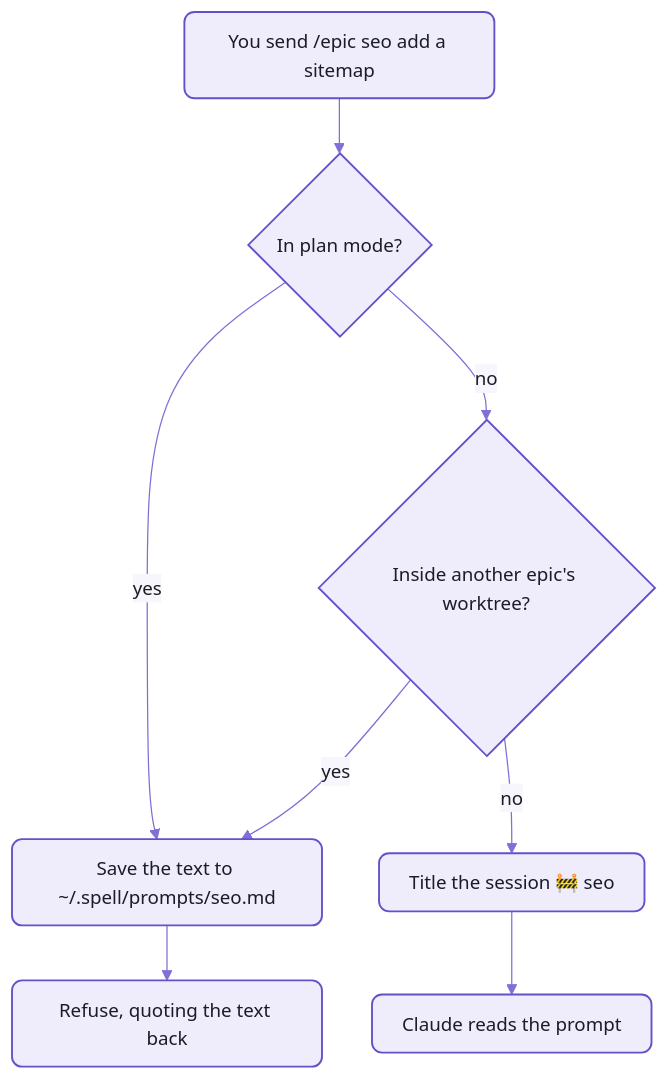
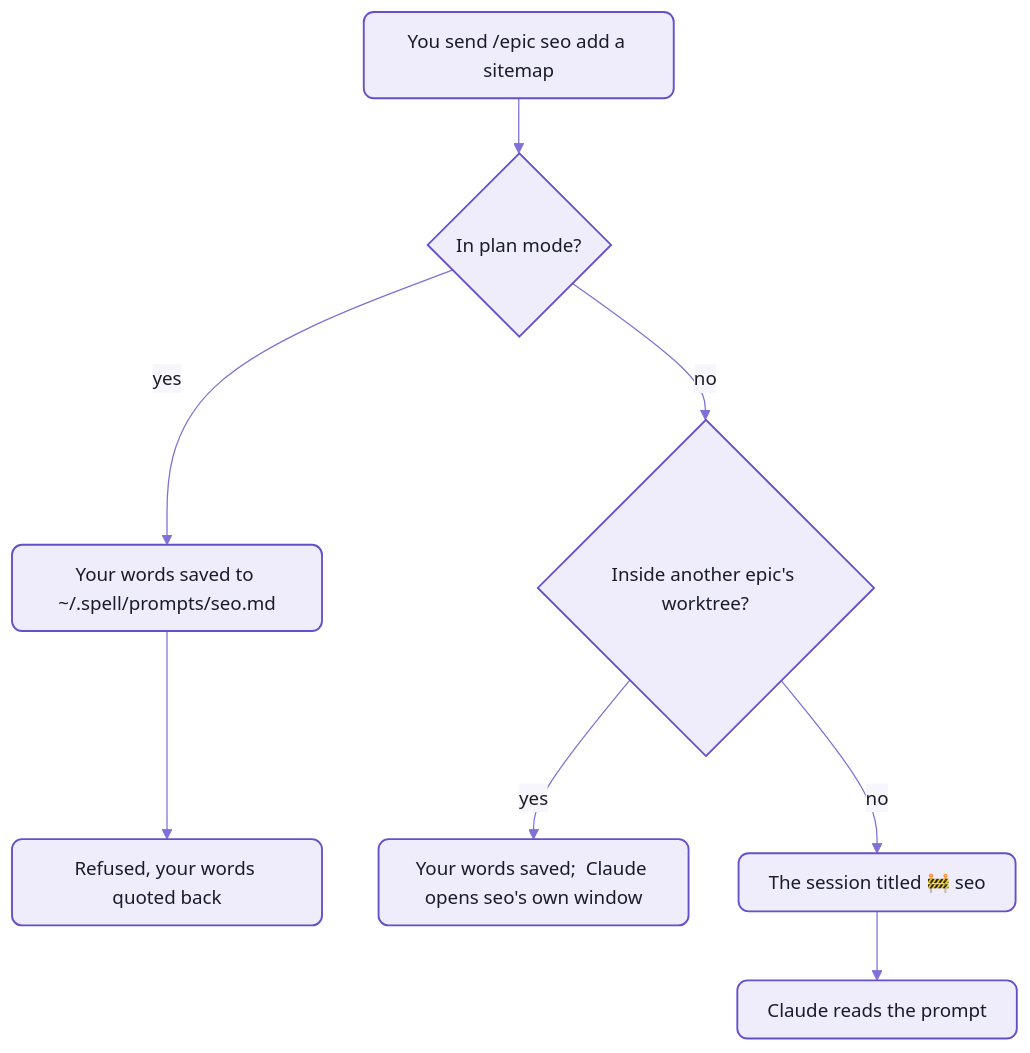
One commit to spell-app/spell changed the second of 2 diagrams in epic/README-skills.md. Above: the diagram before and after it, drawn with Mermaid. The commit also changed other lines of this file and 14 other files, not shown here.

````diff
--- a/epic/README-skills.md
+++ b/epic/README-skills.md
@@ -127,13 +256,13 @@
 ```mermaid
 %%{init: {"theme":"base","themeVariables":{"fontFamily":"-apple-system, BlinkMacSystemFont, Segoe UI, Helvetica, Arial, sans-serif","fontSize":"15px","primaryColor":"#EFECFB","primaryBorderColor":"#6550CA","primaryTextColor":"#1A1C27","secondaryColor":"#F4F1E9","tertiaryColor":"#F7F6FC","lineColor":"#7F6FD6","textColor":"#7F6FD6","clusterBkg":"#F7F6FC","clusterBorder":"#B9B0E8","titleColor":"#1A1C27","edgeLabelBackground":"#F7F6FC","actorBkg":"#EFECFB","actorBorder":"#6550CA","actorTextColor":"#1A1C27","actorLineColor":"#9C90DE","signalColor":"#7F6FD6","signalTextColor":"#7F6FD6","labelBoxBkgColor":"#EFECFB","labelBoxBorderColor":"#6550CA","labelTextColor":"#1A1C27","loopTextColor":"#7F6FD6","noteBkgColor":"#F1E7D4","noteBorderColor":"#C9B48A","noteTextColor":"#1A1C27","activationBkgColor":"#DCD6F7","activationBorderColor":"#6550CA","sequenceNumberColor":"#FFFFFF"},"flowchart":{"curve":"basis","padding":12,"nodeSpacing":40,"rankSpacing":44}}}%%
 flowchart TD
   prompt["You send /epic seo add a sitemap"] --> plan{"In plan mode?"}
-  plan -- yes --> save["Save the text to ~/.spell/prompts/seo.md"]
-  save --> refuse["Refuse, quoting the text back"]
+  plan -- yes --> save["Your words saved to ~/.spell/prompts/seo.md"]
+  save --> refuse["Refused, your words quoted back"]
   plan -- no --> other{"Inside another epic's worktree?"}
-  other -- yes --> save
-  other -- no --> rename["Title the session 🚧 seo"]
+  other -- yes --> launch["Your words saved;  Claude opens seo's own window"]
+  other -- no --> rename["The session titled 🚧 seo"]
   rename --> claude["Claude reads the prompt"]
   %% the Spell look:  yarn mermaid:pretty
   classDef default fill:#EFECFB,stroke:#6550CA,stroke-width:1.5px,color:#1A1C27,rx:8px,ry:8px
 ```
````
